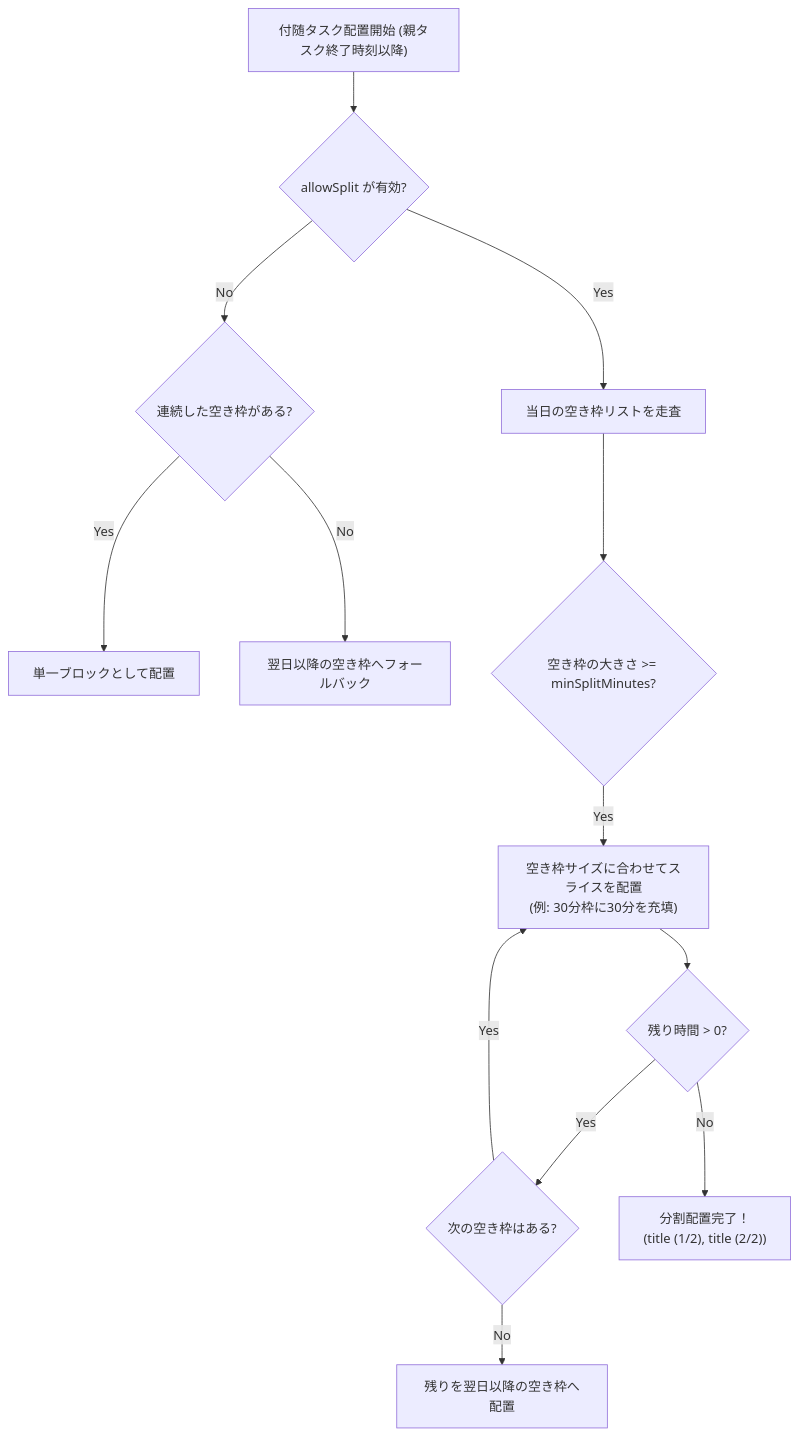
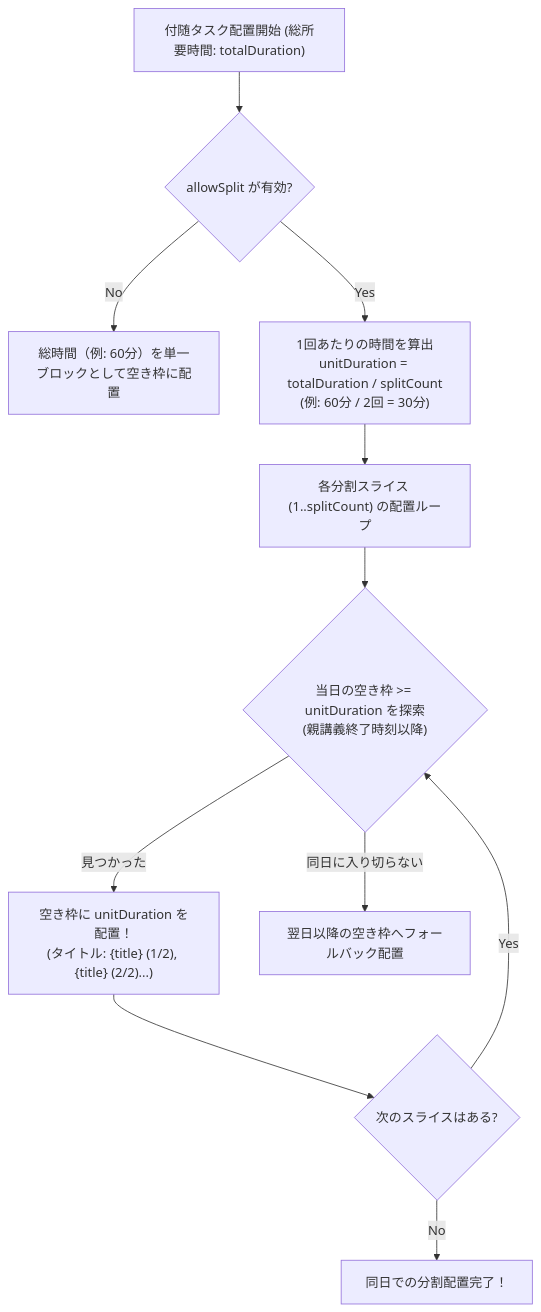
The second of 2 diagrams in Plan16.md (chku25062-sketch/creation_1), drawn with Mermaid before and after one commit. The commit also changed other lines of this file and 6 other files, not shown here.

````diff
--- a/Plan16.md
+++ b/Plan16.md
@@ -119,17 +126,16 @@
 ```mermaid
 flowchart TD
-    Start["付随タスク配置開始 (親タスク終了時刻以降)"] --> CheckSplit{"allowSplit が有効?"}
+    Start["付随タスク配置開始 (総所要時間: totalDuration)"] --> CheckSplit{"allowSplit が有効?"}
     
-    CheckSplit -- No --> SingleFit{"連続した空き枠がある?"}
-    SingleFit -- Yes --> PlaceSingle["単一ブロックとして配置"]
-    SingleFit -- No --> FallbackNextDay["翌日以降の空き枠へフォールバック"]
+    CheckSplit -- No --> SingleFit["総時間（例: 60分）を単一ブロックとして空き枠に配置"]
 
-    CheckSplit -- Yes --> ScanSlots["当日の空き枠リストを走査"]
-    ScanSlots --> Eval{"空き枠の大きさ >= minSplitMinutes?"}
-    Eval -- Yes --> AllocateSlice["空き枠サイズに合わせてスライスを配置<br>(例: 30分枠に30分を充填)"]
-    AllocateSlice --> Remainder{"残り時間 > 0?"}
-    Remainder -- Yes --> HasMoreSlots{"次の空き枠はある?"}
-    HasMoreSlots -- Yes --> AllocateSlice
-    HasMoreSlots -- No --> FallbackRemainder["残りを翌日以降の空き枠へ配置"]
-    Remainder -- No --> Finish["分割配置完了！<br>(title (1/2), title (2/2))"]
+    CheckSplit -- Yes --> CalcUnit["1回あたりの時間を算出\nunitDuration = totalDuration / splitCount\n(例: 60分 / 2回 = 30分)"]
+    CalcUnit --> LoopSplits["各分割スライス (1..splitCount) の配置ループ"]
+    LoopSplits --> FindSlot{"当日の空き枠 >= unitDuration を探索\n(親講義終了時刻以降)"}
+    FindSlot -- 見つかった --> PlaceSlice["空き枠に unitDuration を配置！\n(タイトル: {title} (1/2), {title} (2/2)...)"]
+    PlaceSlice --> HasNext{"次のスライスはある?"}
+    HasNext -- Yes --> FindSlot
+    HasNext -- No --> Complete["同日での分割配置完了！"]
+
+    FindSlot -- 同日に入り切らない --> FallbackDay["翌日以降の空き枠へフォールバック配置"]
 ```
````
